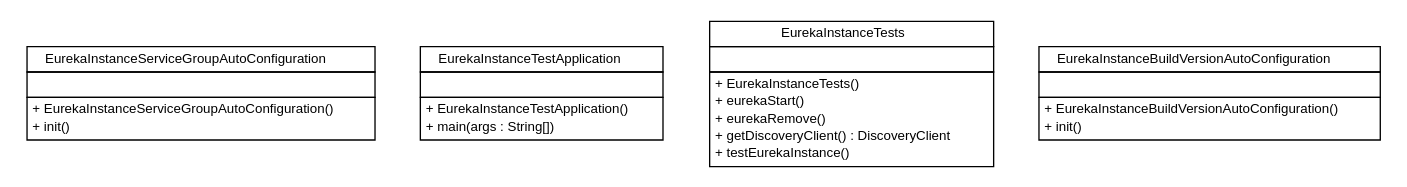
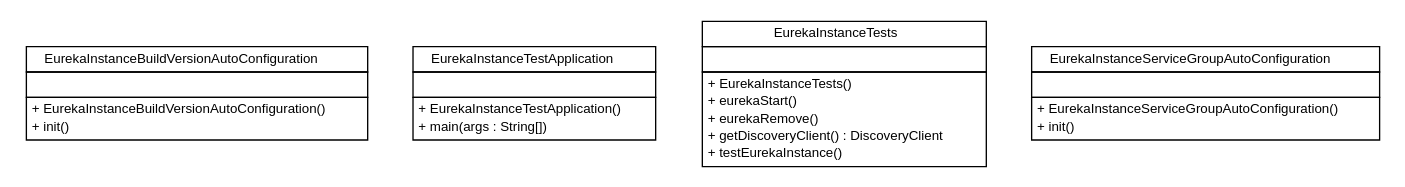
One commit to cloud-ready/cloud-ready changed the diagram in release/build-docker/spring-cloud-service-discovery/spring-cloud-service-filter/testapidocs/cn/home1/cloud/netflix/eureka/client/cn.home1.cloud.netflix.eureka.client.dot. Above: the diagram before and after it, drawn with Graphviz. The commit also changed 116 other files, not shown here.

Commit message:
Creating site for spring-cloud-service-filter-1.0.1.U1

```diff
--- a/release/build-docker/spring-cloud-service-discovery/spring-cloud-service-filter/testapidocs/cn/home1/cloud/netflix/eureka/client/cn.home1.cloud.netflix.eureka.client.dot
+++ b/release/build-docker/spring-cloud-service-discovery/spring-cloud-service-filter/testapidocs/cn/home1/cloud/netflix/eureka/client/cn.home1.cloud.netflix.eureka.client.dot
@@ -1,67 +1,67 @@
 #!/usr/local/bin/dot
 #
 # Class diagram 
 # Generated by UMLGraph version R5_6-24-gf6e263 (http://www.umlgraph.org/)
 #
 
 digraph G {
 	edge [fontname="Helvetica",fontsize=10,labelfontname="Helvetica",labelfontsize=10];
 	node [fontname="Helvetica",fontsize=10,shape=plaintext];
 	nodesep=0.25;
 	ranksep=0.5;
-	// cn.home1.cloud.netflix.eureka.client.EurekaInstanceServiceGroupAutoConfiguration
-	c34 [label=<<table title="cn.home1.cloud.netflix.eureka.client.EurekaInstanceServiceGroupAutoConfiguration" border="0" cellborder="1" cellspacing="0" cellpadding="2" port="p" href="./EurekaInstanceServiceGroupAutoConfiguration.html">
+	// cn.home1.cloud.netflix.eureka.client.EurekaInstanceBuildVersionAutoConfiguration
+	c34 [label=<<table title="cn.home1.cloud.netflix.eureka.client.EurekaInstanceBuildVersionAutoConfiguration" border="0" cellborder="1" cellspacing="0" cellpadding="2" port="p" href="./EurekaInstanceBuildVersionAutoConfiguration.html">
 		<tr><td><table border="0" cellspacing="0" cellpadding="1">
-<tr><td align="center" balign="center"> EurekaInstanceServiceGroupAutoConfiguration </td></tr>
+<tr><td align="center" balign="center"> EurekaInstanceBuildVersionAutoConfiguration </td></tr>
 		</table></td></tr>
 		<tr><td><table border="0" cellspacing="0" cellpadding="1">
 <tr><td align="left" balign="left">  </td></tr>
 		</table></td></tr>
 		<tr><td><table border="0" cellspacing="0" cellpadding="1">
-<tr><td align="left" balign="left"> + EurekaInstanceServiceGroupAutoConfiguration() </td></tr>
+<tr><td align="left" balign="left"> + EurekaInstanceBuildVersionAutoConfiguration() </td></tr>
 <tr><td align="left" balign="left"> + init() </td></tr>
 		</table></td></tr>
-		</table>>, URL="./EurekaInstanceServiceGroupAutoConfiguration.html", fontname="Helvetica", fontcolor="black", fontsize=10.0];
+		</table>>, URL="./EurekaInstanceBuildVersionAutoConfiguration.html", fontname="Helvetica", fontcolor="black", fontsize=10.0];
 	// cn.home1.cloud.netflix.eureka.client.EurekaInstanceTestApplication
 	c35 [label=<<table title="cn.home1.cloud.netflix.eureka.client.EurekaInstanceTestApplication" border="0" cellborder="1" cellspacing="0" cellpadding="2" port="p" href="./EurekaInstanceTestApplication.html">
 		<tr><td><table border="0" cellspacing="0" cellpadding="1">
 <tr><td align="center" balign="center"> EurekaInstanceTestApplication </td></tr>
 		</table></td></tr>
 		<tr><td><table border="0" cellspacing="0" cellpadding="1">
 <tr><td align="left" balign="left">  </td></tr>
 		</table></td></tr>
 		<tr><td><table border="0" cellspacing="0" cellpadding="1">
 <tr><td align="left" balign="left"> + EurekaInstanceTestApplication() </td></tr>
 <tr><td align="left" balign="left"> + main(args : String[]) </td></tr>
 		</table></td></tr>
 		</table>>, URL="./EurekaInstanceTestApplication.html", fontname="Helvetica", fontcolor="black", fontsize=10.0];
 	// cn.home1.cloud.netflix.eureka.client.EurekaInstanceTests
 	c36 [label=<<table title="cn.home1.cloud.netflix.eureka.client.EurekaInstanceTests" border="0" cellborder="1" cellspacing="0" cellpadding="2" port="p" href="./EurekaInstanceTests.html">
 		<tr><td><table border="0" cellspacing="0" cellpadding="1">
 <tr><td align="center" balign="center"> EurekaInstanceTests </td></tr>
 		</table></td></tr>
 		<tr><td><table border="0" cellspacing="0" cellpadding="1">
 <tr><td align="left" balign="left">  </td></tr>
 		</table></td></tr>
 		<tr><td><table border="0" cellspacing="0" cellpadding="1">
 <tr><td align="left" balign="left"> + EurekaInstanceTests() </td></tr>
 <tr><td align="left" balign="left"> + eurekaStart() </td></tr>
 <tr><td align="left" balign="left"> + eurekaRemove() </td></tr>
 <tr><td align="left" balign="left"> + getDiscoveryClient() : DiscoveryClient </td></tr>
 <tr><td align="left" balign="left"> + testEurekaInstance() </td></tr>
 		</table></td></tr>
 		</table>>, URL="./EurekaInstanceTests.html", fontname="Helvetica", fontcolor="black", fontsize=10.0];
-	// cn.home1.cloud.netflix.eureka.client.EurekaInstanceBuildVersionAutoConfiguration
-	c37 [label=<<table title="cn.home1.cloud.netflix.eureka.client.EurekaInstanceBuildVersionAutoConfiguration" border="0" cellborder="1" cellspacing="0" cellpadding="2" port="p" href="./EurekaInstanceBuildVersionAutoConfiguration.html">
+	// cn.home1.cloud.netflix.eureka.client.EurekaInstanceServiceGroupAutoConfiguration
+	c37 [label=<<table title="cn.home1.cloud.netflix.eureka.client.EurekaInstanceServiceGroupAutoConfiguration" border="0" cellborder="1" cellspacing="0" cellpadding="2" port="p" href="./EurekaInstanceServiceGroupAutoConfiguration.html">
 		<tr><td><table border="0" cellspacing="0" cellpadding="1">
-<tr><td align="center" balign="center"> EurekaInstanceBuildVersionAutoConfiguration </td></tr>
+<tr><td align="center" balign="center"> EurekaInstanceServiceGroupAutoConfiguration </td></tr>
 		</table></td></tr>
 		<tr><td><table border="0" cellspacing="0" cellpadding="1">
 <tr><td align="left" balign="left">  </td></tr>
 		</table></td></tr>
 		<tr><td><table border="0" cellspacing="0" cellpadding="1">
-<tr><td align="left" balign="left"> + EurekaInstanceBuildVersionAutoConfiguration() </td></tr>
+<tr><td align="left" balign="left"> + EurekaInstanceServiceGroupAutoConfiguration() </td></tr>
 <tr><td align="left" balign="left"> + init() </td></tr>
 		</table></td></tr>
-		</table>>, URL="./EurekaInstanceBuildVersionAutoConfiguration.html", fontname="Helvetica", fontcolor="black", fontsize=10.0];
+		</table>>, URL="./EurekaInstanceServiceGroupAutoConfiguration.html", fontname="Helvetica", fontcolor="black", fontsize=10.0];
 }
```
